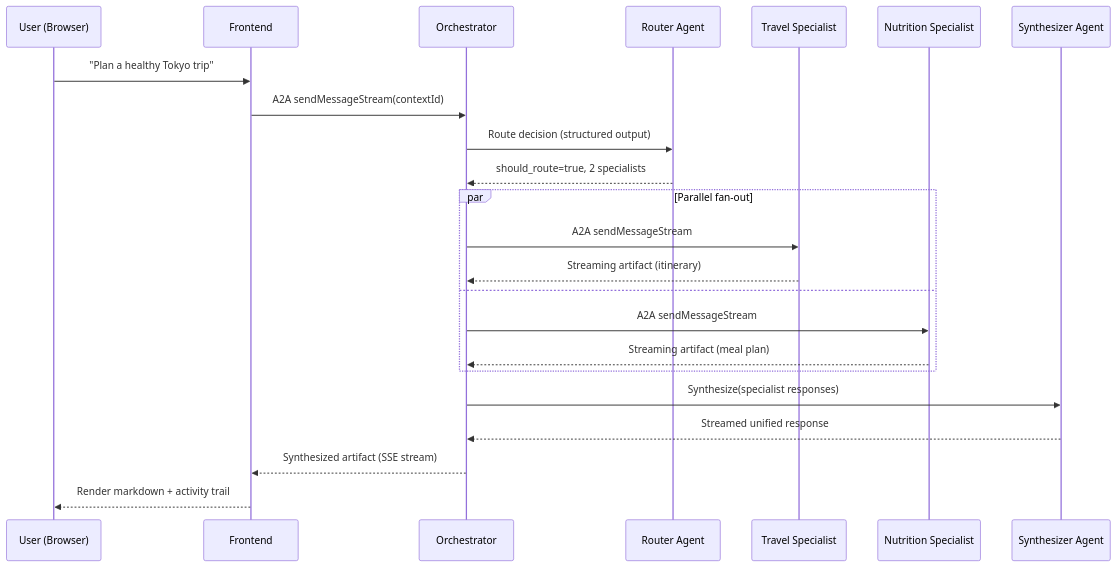
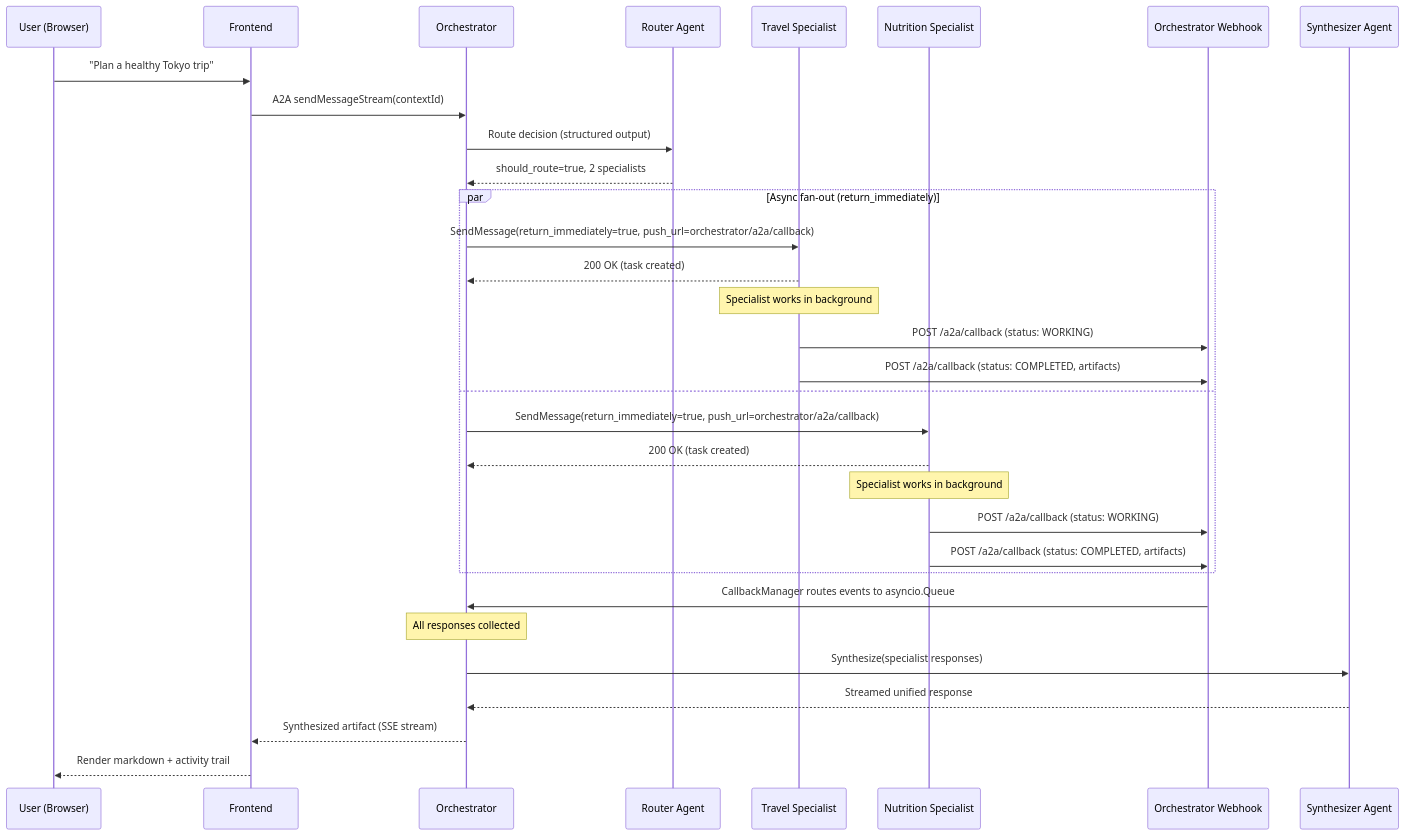
The second of 7 diagrams in README.md (chandra447/nimbus-chat), drawn with Mermaid before and after one commit. The commit also changed other lines of this file and 4 other files, not shown here.

First line of the commit message:
Update docs for async push-notification pattern

````diff
--- a/README.md
+++ b/README.md
@@ -49,28 +53,38 @@
 ```mermaid
 sequenceDiagram
     participant U as User (Browser)
     participant F as Frontend
     participant O as Orchestrator
     participant R as Router Agent
     participant S1 as Travel Specialist
     participant S2 as Nutrition Specialist
+    participant WH as Orchestrator Webhook
     participant SY as Synthesizer Agent
 
     U->>F: "Plan a healthy Tokyo trip"
     F->>O: A2A sendMessageStream(contextId)
     O->>R: Route decision (structured output)
     R-->>O: should_route=true, 2 specialists
 
-    par Parallel fan-out
-        O->>S1: A2A sendMessageStream
-        S1-->>O: Streaming artifact (itinerary)
+    par Async fan-out (return_immediately)
+        O->>S1: SendMessage(return_immediately=true, push_url=orchestrator/a2a/callback)
+        S1-->>O: 200 OK (task created)
+        Note over S1: Specialist works in background
+        S1->>WH: POST /a2a/callback (status: WORKING)
+        S1->>WH: POST /a2a/callback (status: COMPLETED, artifacts)
     and
-        O->>S2: A2A sendMessageStream
-        S2-->>O: Streaming artifact (meal plan)
+        O->>S2: SendMessage(return_immediately=true, push_url=orchestrator/a2a/callback)
+        S2-->>O: 200 OK (task created)
+        Note over S2: Specialist works in background
+        S2->>WH: POST /a2a/callback (status: WORKING)
+        S2->>WH: POST /a2a/callback (status: COMPLETED, artifacts)
     end
+
+    WH->>O: CallbackManager routes events to asyncio.Queue
+    Note over O: All responses collected
 
     O->>SY: Synthesize(specialist responses)
     SY-->>O: Streamed unified response
     O-->>F: Synthesized artifact (SSE stream)
     F-->>U: Render markdown + activity trail
 ```
````
